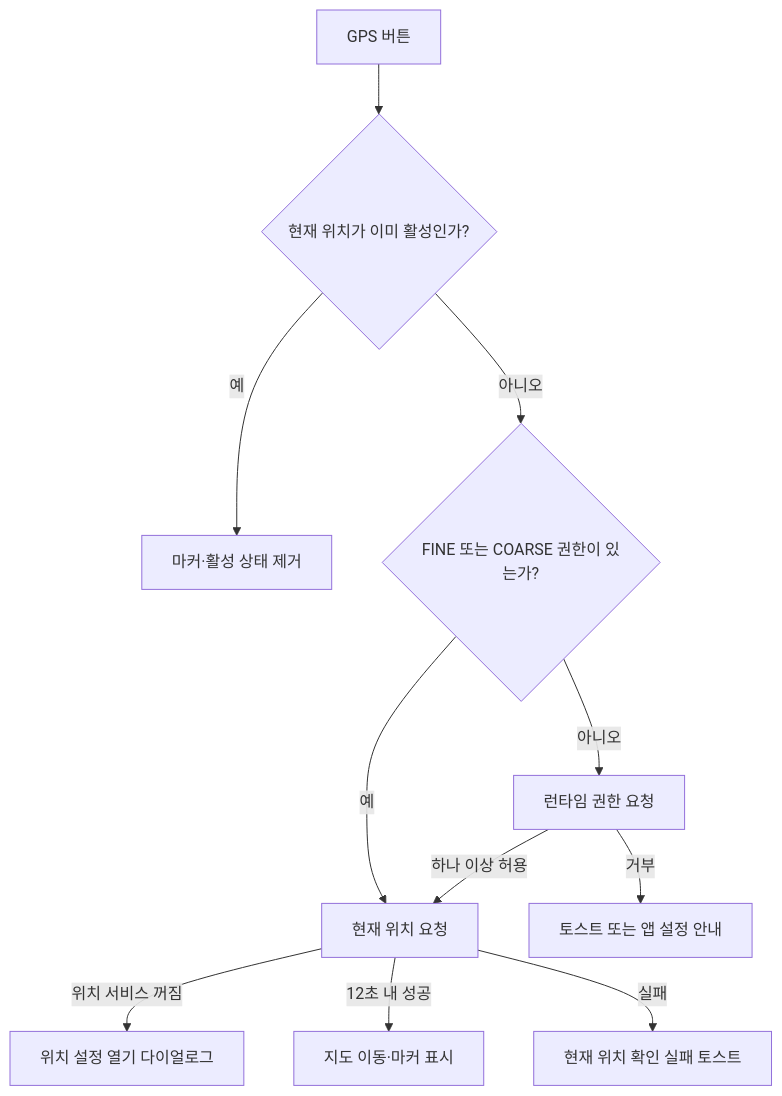
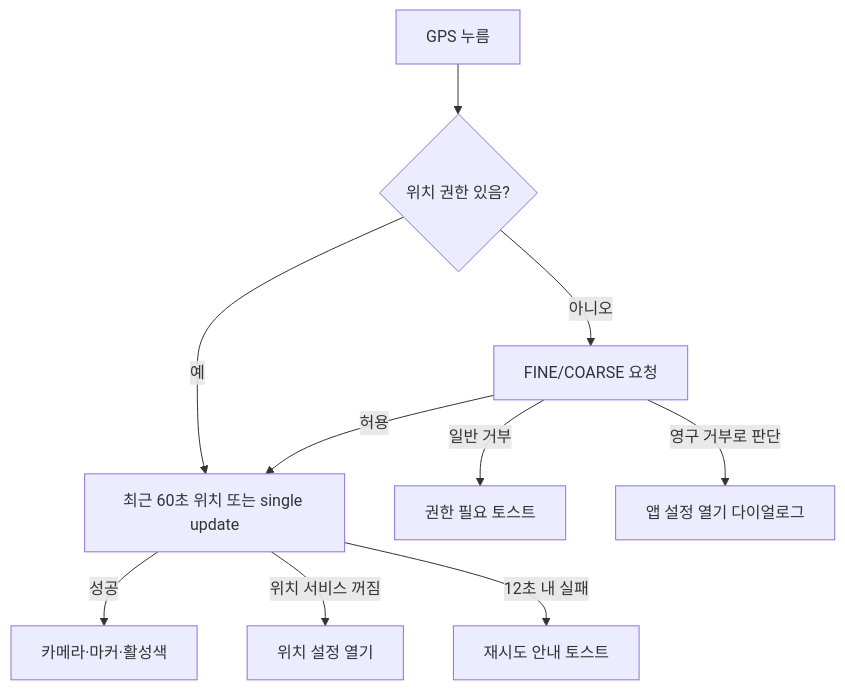
One commit to Newrred/tteumsae changed the second of 5 diagrams in docs/04_SCREEN_FLOWS.md. Above: the diagram before and after it, drawn with Mermaid. The commit also changed other lines of this file and 21 other files, not shown here.

Commit message:
Implement route discovery flow and discovery tab UI

````diff
--- a/docs/04_SCREEN_FLOWS.md
+++ b/docs/04_SCREEN_FLOWS.md
@@ -103,13 +74,12 @@
 ```mermaid
 flowchart TD
-    A["GPS 버튼"] --> B{"현재 위치가 이미 활성인가?"}
-    B -->|"예"| C["마커·활성 상태 제거"]
-    B -->|"아니오"| D{"FINE 또는 COARSE 권한이 있는가?"}
-    D -->|"아니오"| E["런타임 권한 요청"]
-    E -->|"하나 이상 허용"| F["현재 위치 요청"]
-    E -->|"거부"| G["토스트 또는 앱 설정 안내"]
-    D -->|"예"| F
-    F -->|"위치 서비스 꺼짐"| H["위치 설정 열기 다이얼로그"]
-    F -->|"12초 내 성공"| I["지도 이동·마커 표시"]
-    F -->|"실패"| J["현재 위치 확인 실패 토스트"]
+    A["GPS 누름"] --> B{"위치 권한 있음?"}
+    B -->|"예"| C["최근 60초 위치 또는 single update"]
+    B -->|"아니오"| D["FINE/COARSE 요청"]
+    D -->|"허용"| C
+    D -->|"일반 거부"| E["권한 필요 토스트"]
+    D -->|"영구 거부로 판단"| F["앱 설정 열기 다이얼로그"]
+    C -->|"성공"| G["카메라·마커·활성색"]
+    C -->|"위치 서비스 꺼짐"| H["위치 설정 열기"]
+    C -->|"12초 내 실패"| I["재시도 안내 토스트"]
 ```
````
